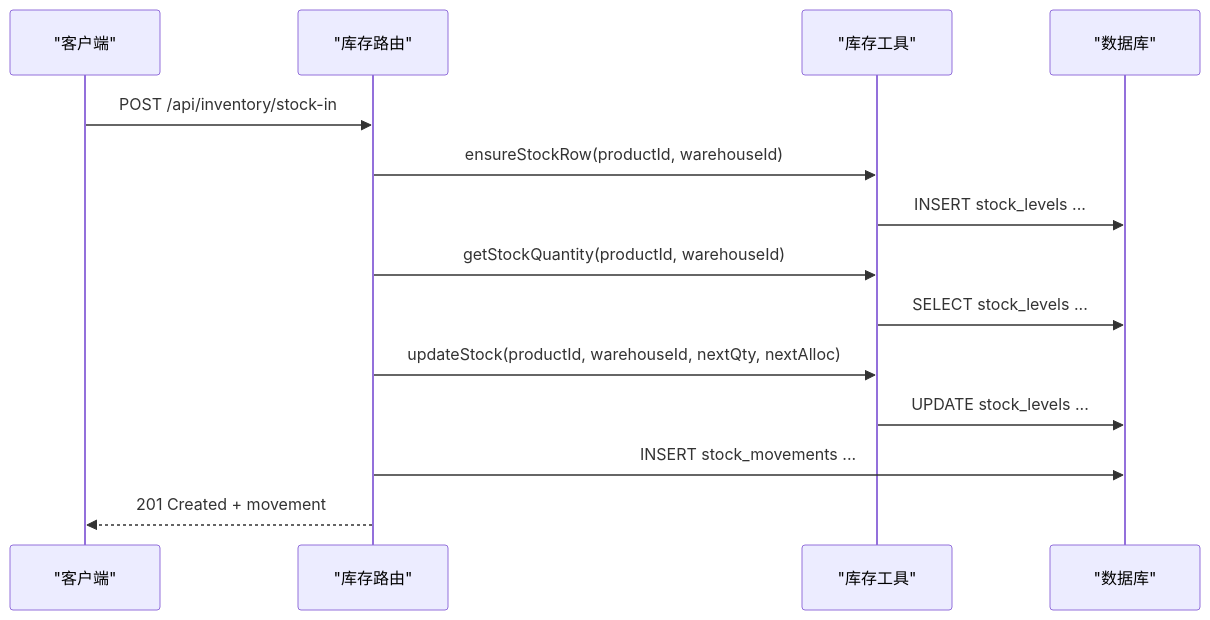
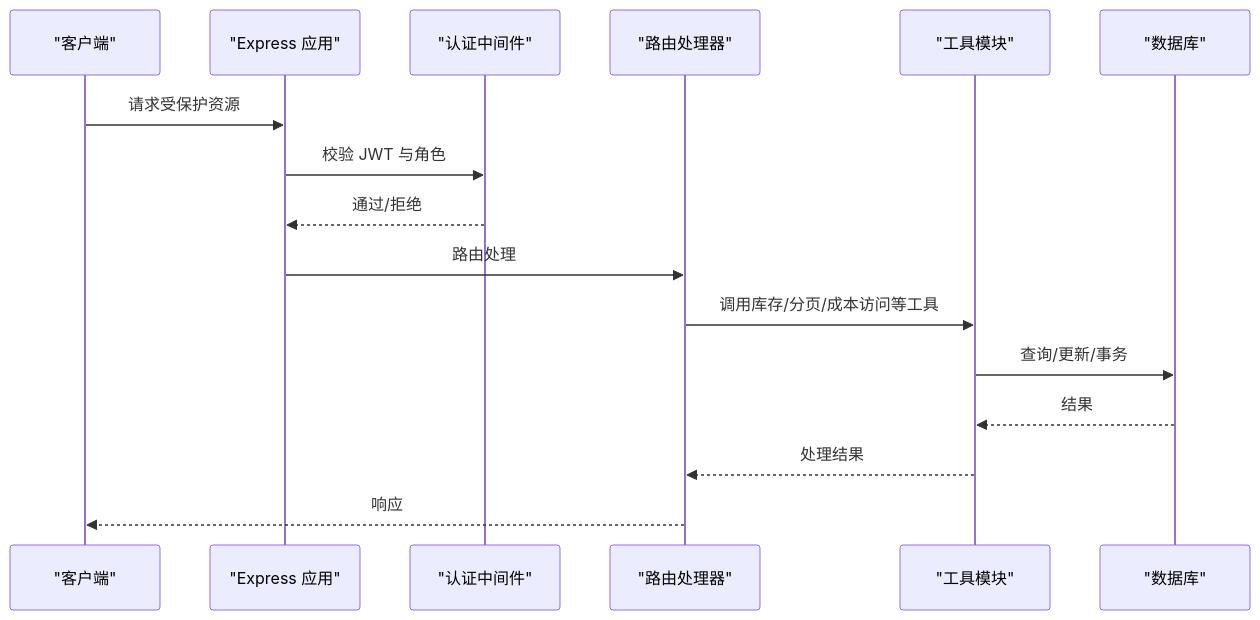
The second of 9 diagrams in .qoder/repowiki/zh/content/核心功能模块/核心功能模块.md (Juny09/inventory_system), drawn with Mermaid before and after one commit. The commit also changed other lines of this file and 171 other files, not shown here.

````diff
--- a/.qoder/repowiki/zh/content/核心功能模块/核心功能模块.md
+++ b/.qoder/repowiki/zh/content/核心功能模块/核心功能模块.md
@@ -179,16 +94,18 @@
 ```mermaid
 sequenceDiagram
 participant C as "客户端"
-participant A as "库存路由"
-participant U as "库存工具"
+participant S as "Express 应用"
+participant M as "认证中间件"
+participant R as "路由处理器"
+participant U as "工具模块"
 participant D as "数据库"
-C->>A : POST /api/inventory/stock-in
-A->>U : ensureStockRow(productId, warehouseId)
-U->>D : INSERT stock_levels ...
-A->>U : getStockQuantity(productId, warehouseId)
-U->>D : SELECT stock_levels ...
-A->>U : updateStock(productId, warehouseId, nextQty, nextAlloc)
-U->>D : UPDATE stock_levels ...
-A->>D : INSERT stock_movements ...
-A-->>C : 201 Created + movement
+C->>S : 请求受保护资源
+S->>M : 校验 JWT 与角色
+M-->>S : 通过/拒绝
+S->>R : 路由处理
+R->>U : 调用库存/分页/成本访问等工具
+U->>D : 查询/更新/事务
+D-->>U : 结果
+U-->>R : 处理结果
+R-->>C : 响应
 ```
````
